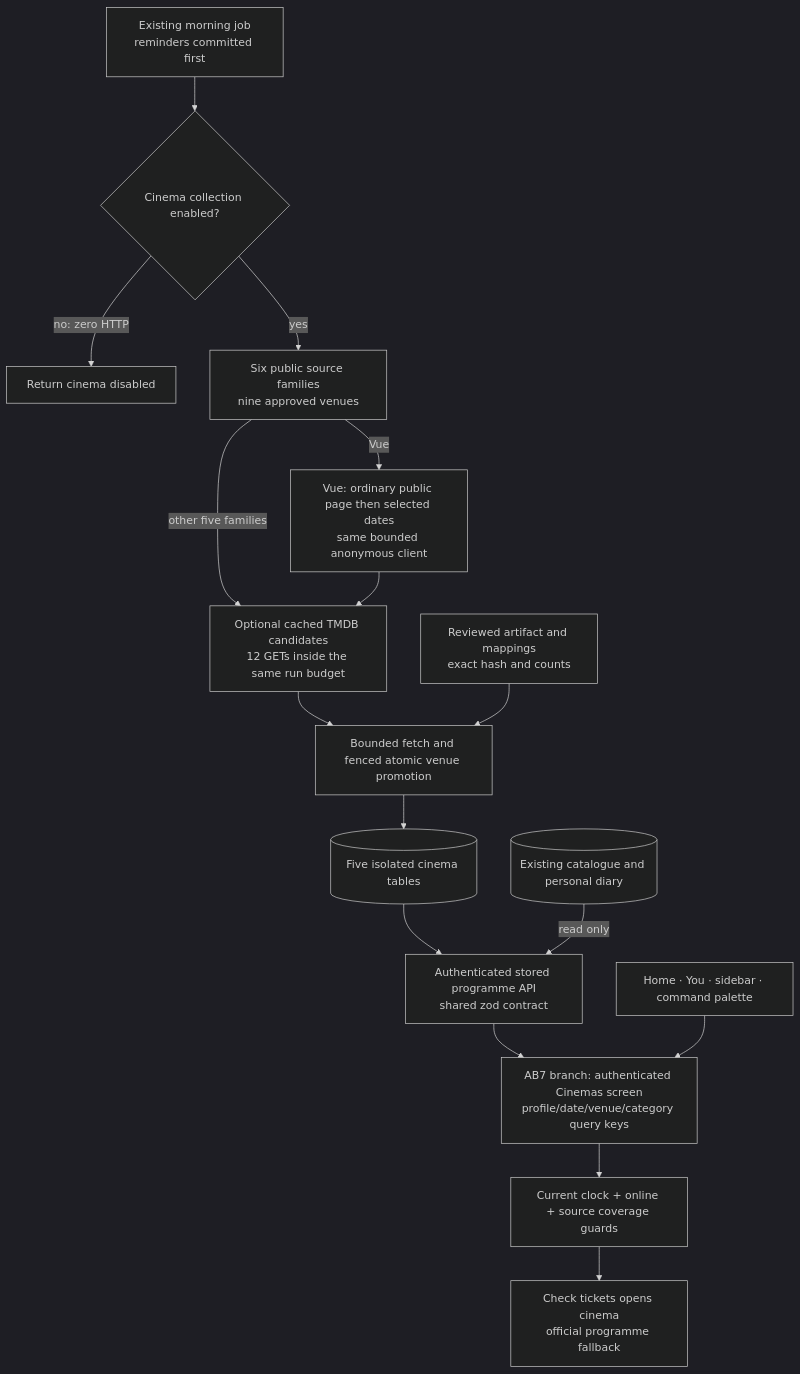
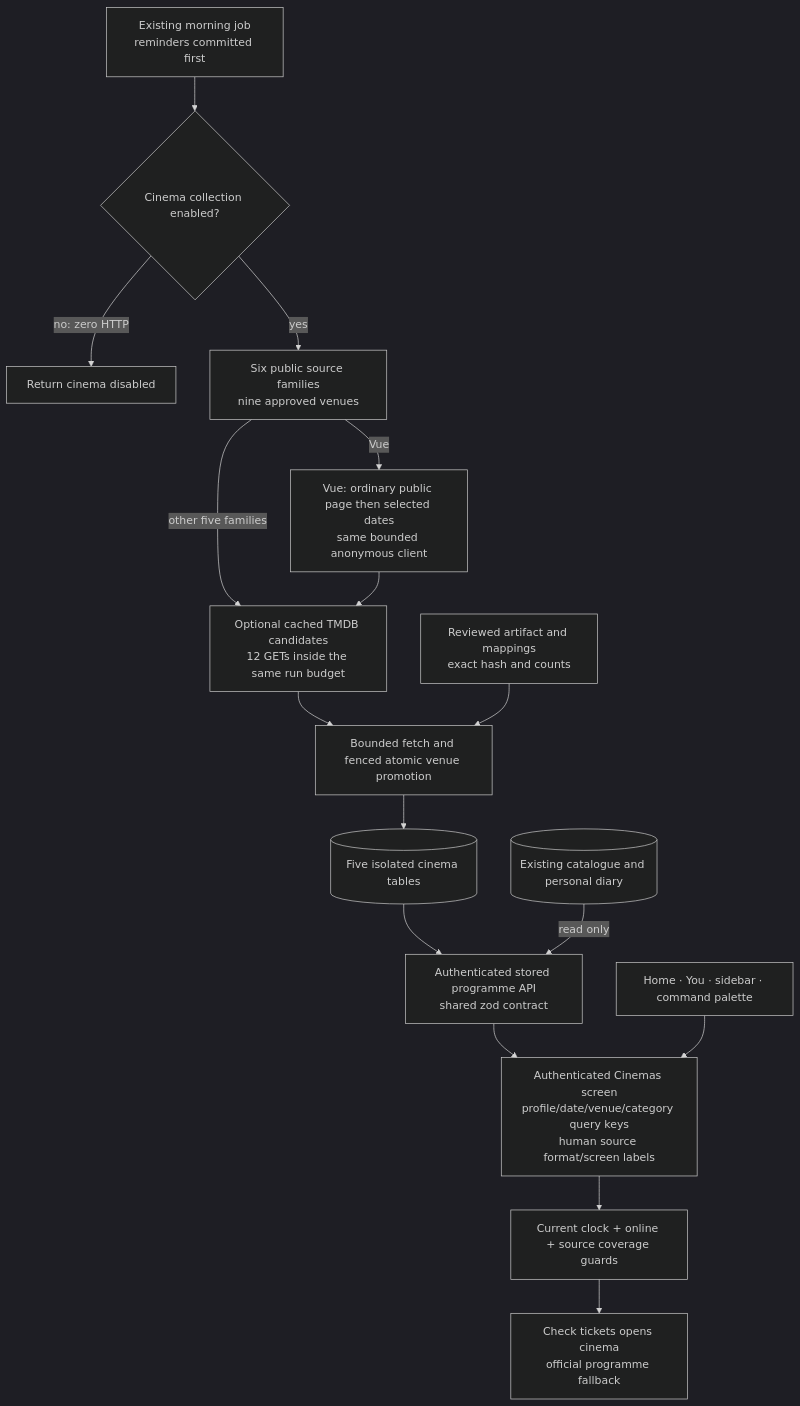
One commit to CraigR973/mcu-app changed the second of 16 diagrams in docs/architecture-map.md. Above: the diagram before and after it, drawn with Mermaid (dark theme). The commit also changed other lines of this file and 14 other files, not shown here.

````diff
--- a/docs/architecture-map.md
+++ b/docs/architecture-map.md
@@ -21,18 +22,18 @@
 ```mermaid
 flowchart TB
     Reminder[Existing morning job<br/>reminders committed first] --> Disabled{Cinema collection enabled?}
     Disabled -- no: zero HTTP --> Stop[Return cinema disabled]
     Disabled -- yes --> Public[Six public source families<br/>nine approved venues]
     Public -- Vue --> PageFirst[Vue: ordinary public page then selected dates<br/>same bounded anonymous client]
     Public -- other five families --> Metadata
     PageFirst --> Metadata[Optional cached TMDB candidates<br/>12 GETs inside the same run budget]
     Metadata --> Fence[Bounded fetch and fenced atomic venue promotion]
     Review[Reviewed artifact and mappings<br/>exact hash and counts] --> Fence
     Fence --> Cinema[(Five isolated cinema tables)]
     Cinema --> Read[Authenticated stored programme API<br/>shared zod contract]
     Catalogue[(Existing catalogue and personal diary)] -- read only --> Read
-    Read --> Discovery[AB7 branch: authenticated Cinemas screen<br/>profile/date/venue/category query keys]
+    Read --> Discovery[Authenticated Cinemas screen<br/>profile/date/venue/category query keys<br/>human source format/screen labels]
     Entries[Home · You · sidebar · command palette] --> Discovery
     Discovery --> Safety[Current clock + online + source coverage guards]
     Safety --> Tickets[Check tickets opens cinema<br/>official programme fallback]
 ```
````
